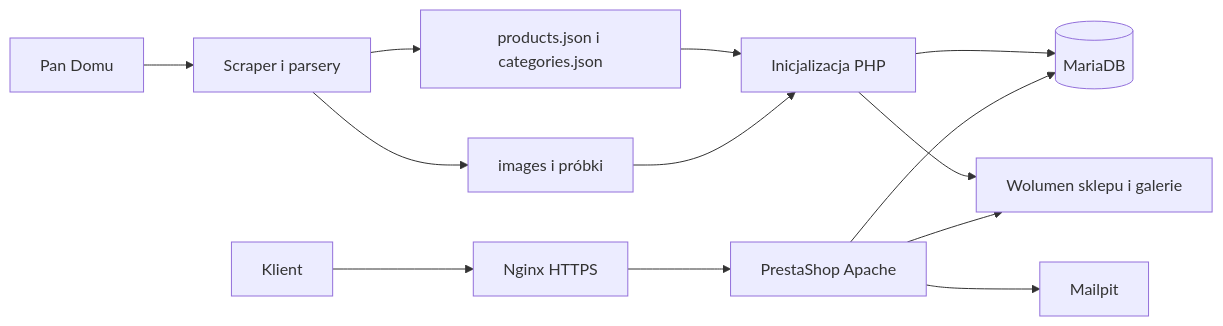
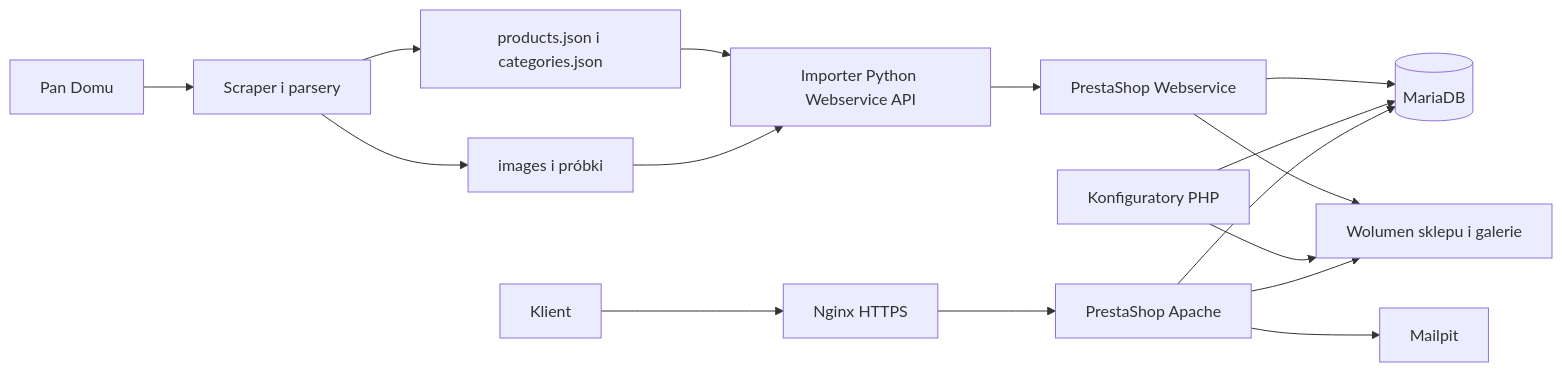
The diagram in docs/ARCHITECTURE.md (maciejdrywa/prestashop-website), drawn with Mermaid before and after one commit. The commit also changed other lines of this file and 23 other files, not shown here.

````diff
--- a/docs/ARCHITECTURE.md
+++ b/docs/ARCHITECTURE.md
@@ -11,15 +11,18 @@
 ```mermaid
 flowchart LR
     Source[Pan Domu] --> Scraper[Scraper i parsery]
     Scraper --> JSON[products.json i categories.json]
     Scraper --> Images[images i próbki]
-    JSON --> Init[Inicjalizacja PHP]
-    Images --> Init
-    Init --> DB[(MariaDB)]
-    Init --> Volume[Wolumen sklepu i galerie]
+    JSON --> Import[Importer Python Webservice API]
+    Images --> Import
+    Import --> API[PrestaShop Webservice]
+    API --> DB[(MariaDB)]
+    API --> Volume[Wolumen sklepu i galerie]
+    Init[Konfiguratory PHP] --> DB
+    Init --> Volume
     Browser[Klient] --> Nginx[Nginx HTTPS]
     Nginx --> Shop[PrestaShop Apache]
     Shop --> DB
     Shop --> Volume
     Shop --> Mailpit[Mailpit]
 ```
````
